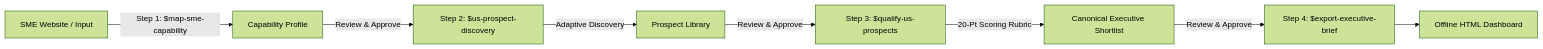
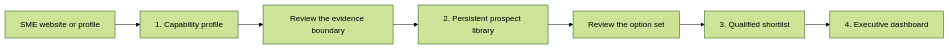
One commit to hyhunss/sg-semicon-profiler changed the diagram in README.md. Above: the diagram before and after it, drawn with Mermaid (forest theme). The commit also changed other lines of this file and 2 other files, not shown here.

````diff
--- a/README.md
+++ b/README.md
@@ -82,10 +34,9 @@
 ```mermaid
 flowchart LR
-    A[SME Website / Input] -->|Step 1: $map-sme-capability| B[Capability Profile]
-    B -->|Review & Approve| C[Step 2: $us-prospect-discovery]
-    C -->|Adaptive Discovery| D[Prospect Library]
-    D -->|Review & Approve| E[Step 3: $qualify-us-prospects]
-    E -->|20-Pt Scoring Rubric| F[Canonical Executive Shortlist]
-    F -->|Review & Approve| G[Step 4: $export-executive-brief]
-    G --> H[Offline HTML Dashboard]
+    A[SME website or profile] --> B[1. Capability profile]
+    B --> C[Review the evidence boundary]
+    C --> D[2. Persistent prospect library]
+    D --> E[Review the option set]
+    E --> F[3. Qualified shortlist]
+    F --> G[4. Executive dashboard]
 ```
````
